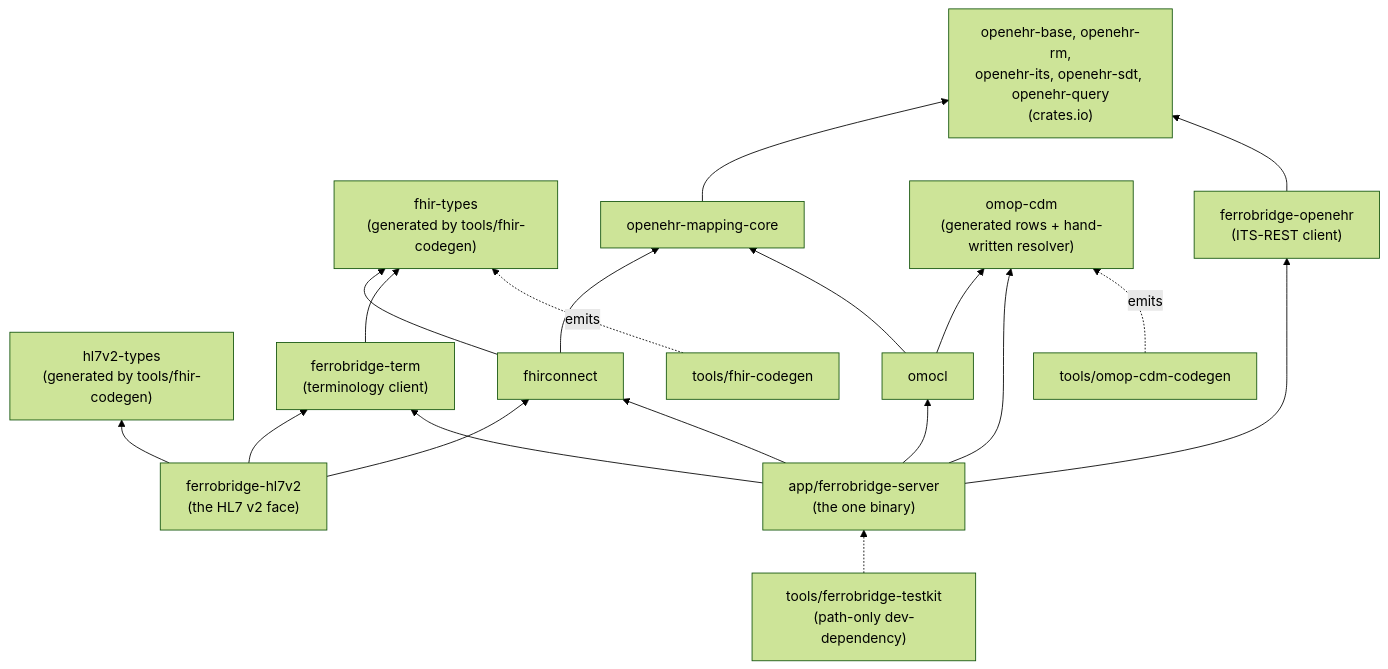
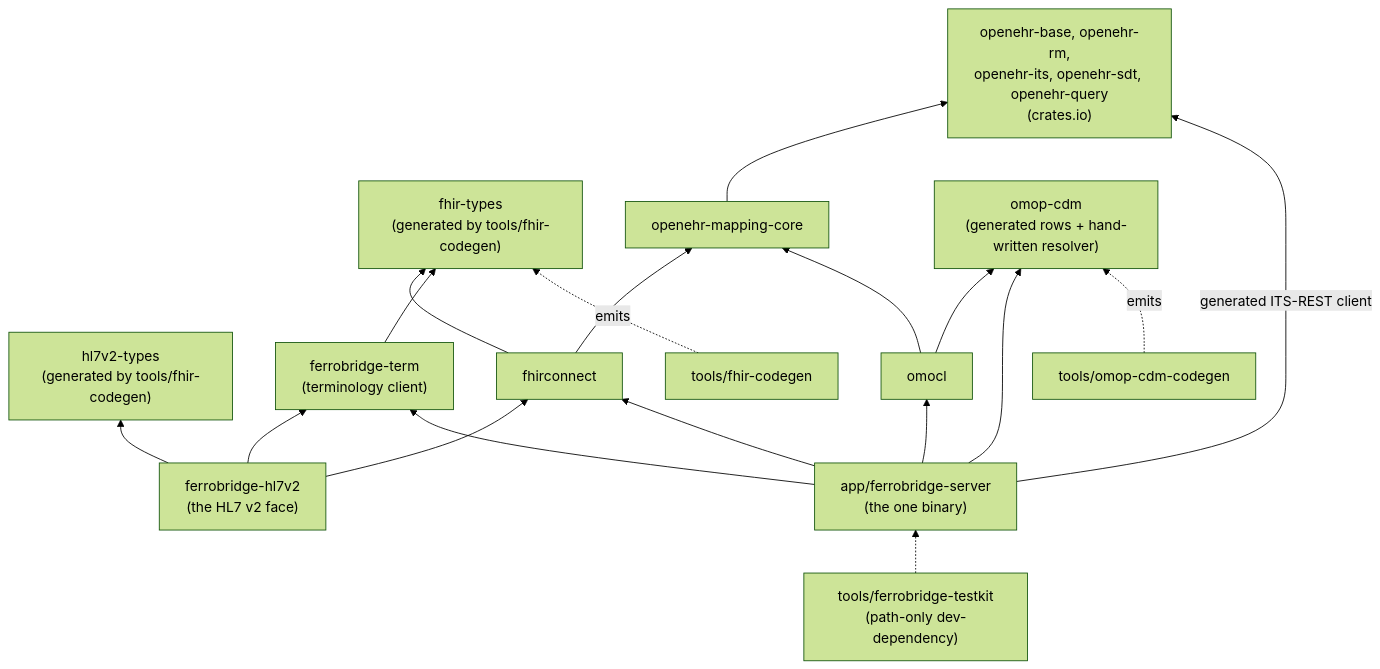
One commit to rubentalstra/FerroBRIDGE changed the eighth of 10 diagrams in docs/architecture.md. Above: the diagram before and after it, drawn with Mermaid (forest theme). The commit also changed other lines of this file and 78 other files, not shown here.

First line of the commit message:
refactor(server): the facade, the ETL and mappings take the generated openehr-its ITS-REST client, and ferrobridge-openehr is deleted (#294)

````diff
--- a/docs/architecture.md
+++ b/docs/architecture.md
@@ -1169,25 +1168,24 @@
 ```mermaid
 flowchart BT
     FT["fhir-types<br/>(generated by tools/fhir-codegen)"]
     HV["hl7v2-types<br/>(generated by tools/fhir-codegen)"]
     OE["openehr-base, openehr-rm,<br/>openehr-its, openehr-sdt, openehr-query<br/>(crates.io)"]
     MC["openehr-mapping-core"] --> OE
     FC["fhirconnect"] --> MC
     FC --> FT
     OM["omocl"] --> MC
     OC["omop-cdm<br/>(generated rows + hand-written resolver)"]
     OM --> OC
-    CL["ferrobridge-openehr<br/>(ITS-REST client)"] --> OE
     TC["ferrobridge-term<br/>(terminology client)"] --> FT
     HL["ferrobridge-hl7v2<br/>(the HL7 v2 face)"] --> HV
     HL --> FC
     HL --> TC
     SV["app/ferrobridge-server<br/>(the one binary)"] --> FC
     SV --> OM
     SV --> OC
-    SV --> CL
+    SV -->|"generated ITS-REST client"| OE
     SV --> TC
     TK["tools/ferrobridge-testkit<br/>(path-only dev-dependency)"] -.-> SV
     CG["tools/fhir-codegen"] -.->|"emits"| FT
     OG["tools/omop-cdm-codegen"] -.->|"emits"| OC
 ```
````
